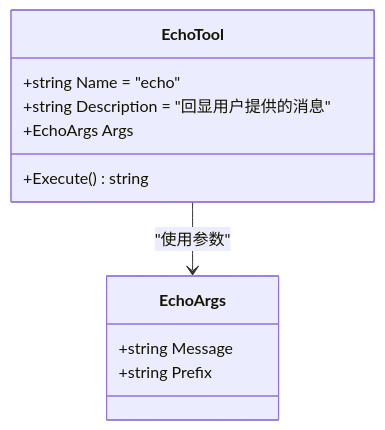
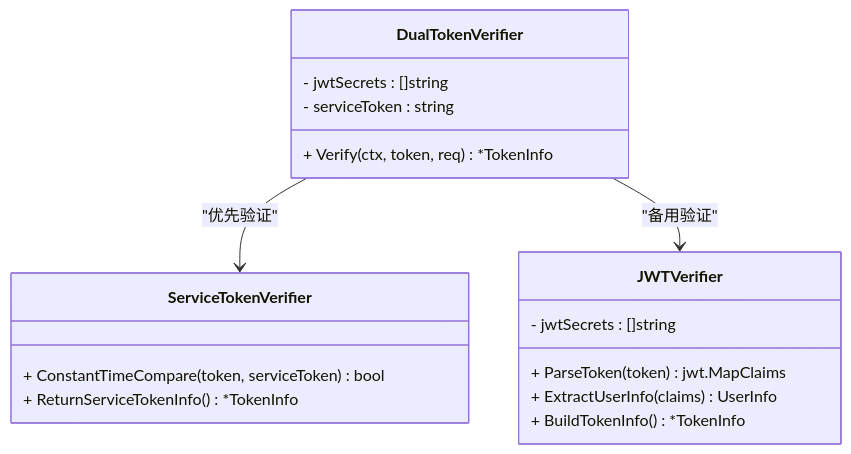
The sixth of 13 diagrams in .qoder/repowiki/zh/content/核心服务详解/Mcpx客户端包.md (maomao94/zero-service), drawn with Mermaid before and after one commit. The commit also changed other lines of this file and 19 other files, not shown here.

First line of the commit message:
refactor(mcpx): 完善双模式认证，区分 service/user 上下文提取

````diff
--- a/.qoder/repowiki/zh/content/核心服务详解/Mcpx客户端包.md
+++ b/.qoder/repowiki/zh/content/核心服务详解/Mcpx客户端包.md
@@ -317,14 +314,20 @@
 ```mermaid
 classDiagram
-class EchoArgs {
-+string Message
-+string Prefix
+class DualTokenVerifier {
+- jwtSecrets : []string
+- serviceToken : string
++ Verify(ctx, token, req) *TokenInfo
 }
-class EchoTool {
-+string Name = "echo"
-+string Description = "回显用户提供的消息"
-+EchoArgs Args
-+Execute() string
+class ServiceTokenVerifier {
++ ConstantTimeCompare(token, serviceToken) bool
++ ReturnServiceTokenInfo() *TokenInfo
 }
-EchoTool --> EchoArgs : "使用参数"
+class JWTVerifier {
+- jwtSecrets : []string
++ ParseToken(token) jwt.MapClaims
++ ExtractUserInfo(claims) UserInfo
++ BuildTokenInfo() *TokenInfo
+}
+DualTokenVerifier --> ServiceTokenVerifier : "优先验证"
+DualTokenVerifier --> JWTVerifier : "备用验证"
 ```
````
